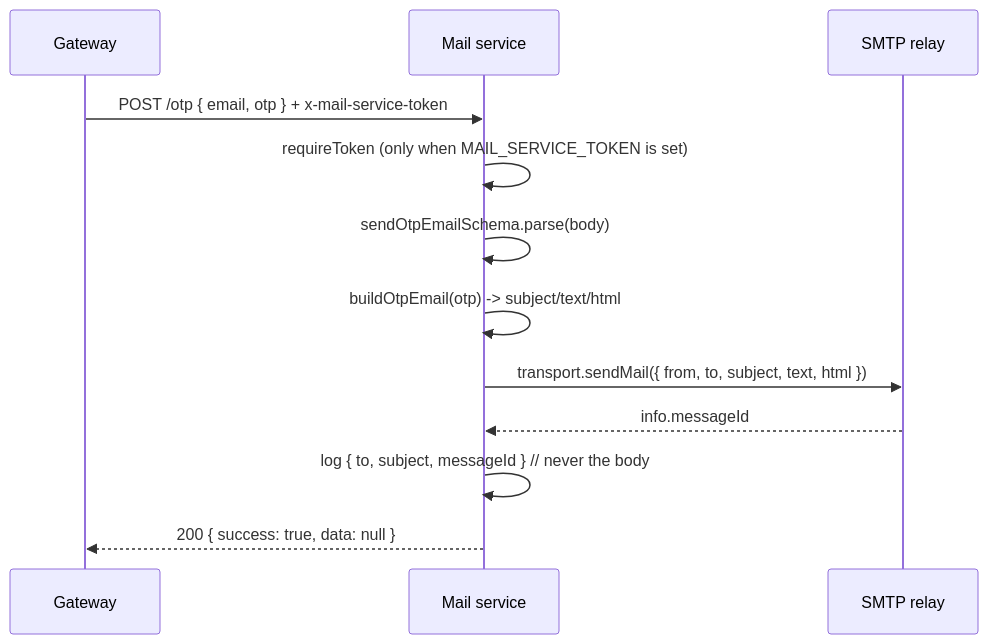
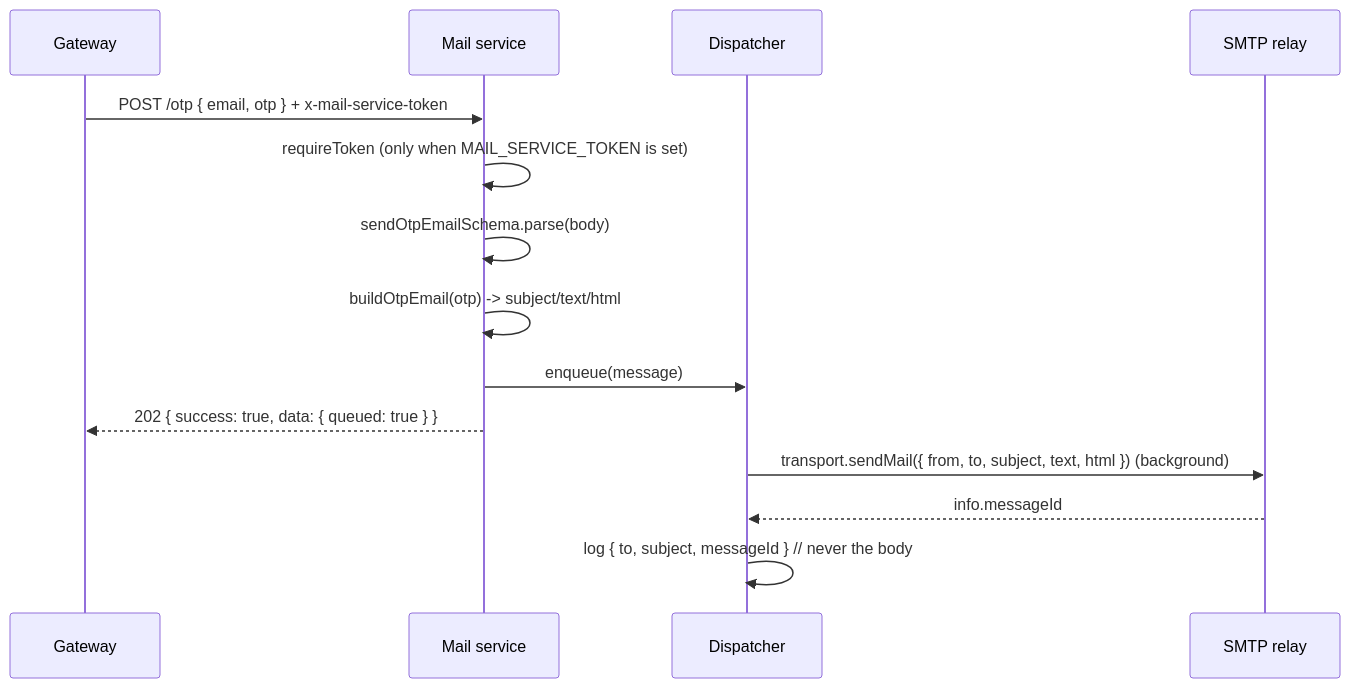
One commit to Osank31/LCArena changed the second of 2 diagrams in apps/apis/mail/README.md. Above: the diagram before and after it, drawn with Mermaid. The commit also changed other lines of this file and 17 other files, not shown here.

````diff
--- a/apps/apis/mail/README.md
+++ b/apps/apis/mail/README.md
@@ -77,14 +96,16 @@
 ```mermaid
 sequenceDiagram
     participant GW as Gateway
     participant M as Mail service
+    participant Q as Dispatcher
     participant S as SMTP relay
     GW->>M: POST /otp { email, otp } + x-mail-service-token
     M->>M: requireToken (only when MAIL_SERVICE_TOKEN is set)
     M->>M: sendOtpEmailSchema.parse(body)
     M->>M: buildOtpEmail(otp) -> subject/text/html
-    M->>S: transport.sendMail({ from, to, subject, text, html })
-    S-->>M: info.messageId
-    M->>M: log { to, subject, messageId }  // never the body
-    M-->>GW: 200 { success: true, data: null }
+    M->>Q: enqueue(message)
+    M-->>GW: 202 { success: true, data: { queued: true } }
+    Q->>S: transport.sendMail({ from, to, subject, text, html })  (background)
+    S-->>Q: info.messageId
+    Q->>Q: log { to, subject, messageId }  // never the body
 ```
````
